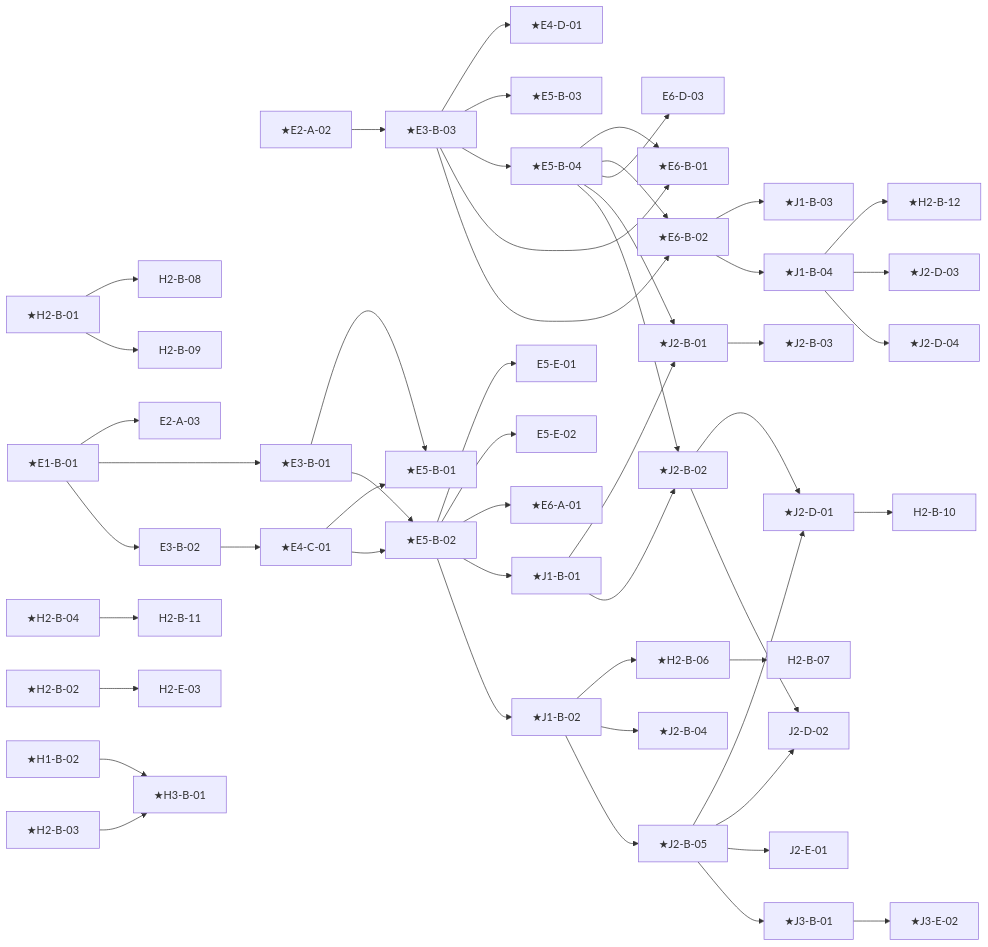
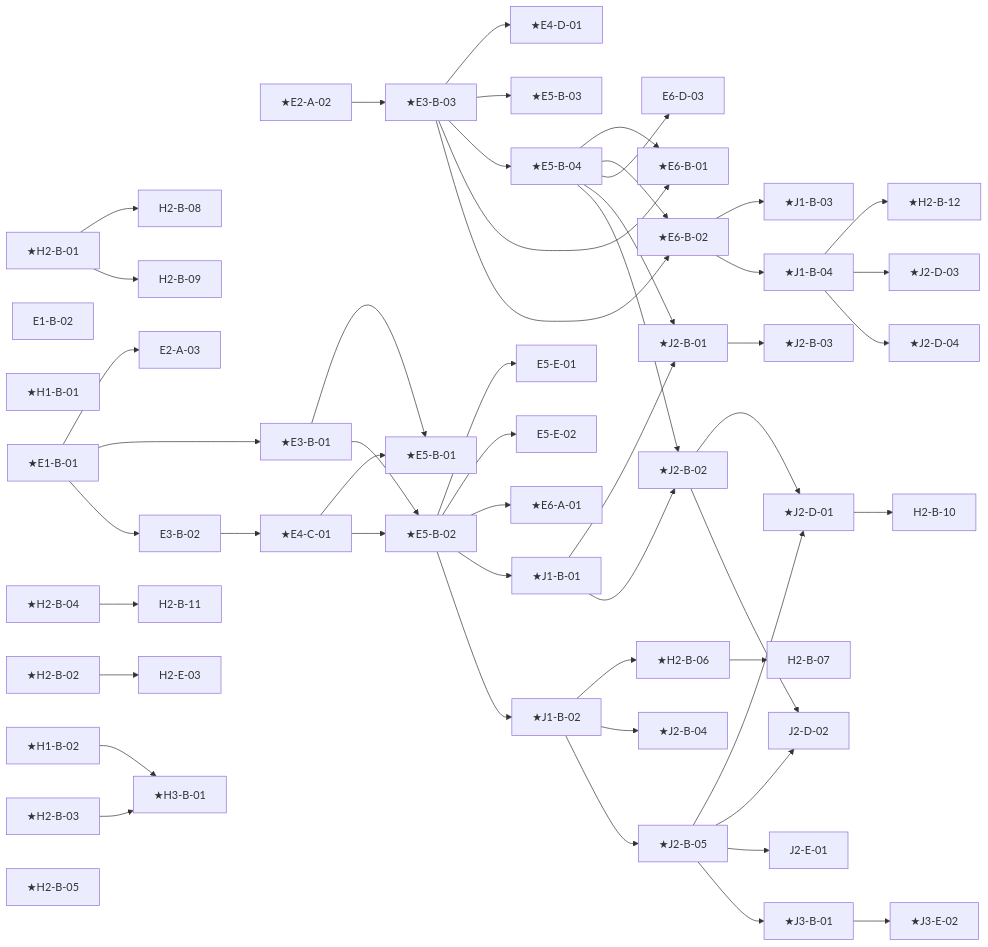
One commit to masa-san-jp/jp-k12-digital-ai-textbook changed the second of 6 diagrams in docs/traceability.md. Above: the diagram before and after it, drawn with Mermaid. The commit also changed other lines of this file and 1 other file, not shown here.

````diff
--- a/docs/traceability.md
+++ b/docs/traceability.md
@@ -115,6 +124,7 @@
 ```mermaid
 graph LR
   E1_B_01["★E1-B-01"]
+  E1_B_02["E1-B-02"]
   E2_A_02["★E2-A-02"]
   E2_A_03["E2-A-03"]
   E3_B_01["★E3-B-01"]
@@ -148,11 +158,13 @@
   J2_E_01["J2-E-01"]
   J3_B_01["★J3-B-01"]
   J3_E_02["★J3-E-02"]
+  H1_B_01["★H1-B-01"]
   H1_B_02["★H1-B-02"]
   H2_B_01["★H2-B-01"]
   H2_B_02["★H2-B-02"]
   H2_B_03["★H2-B-03"]
   H2_B_04["★H2-B-04"]
+  H2_B_05["★H2-B-05"]
   H2_B_06["★H2-B-06"]
   H2_B_07["H2-B-07"]
   H2_B_08["H2-B-08"]
````
